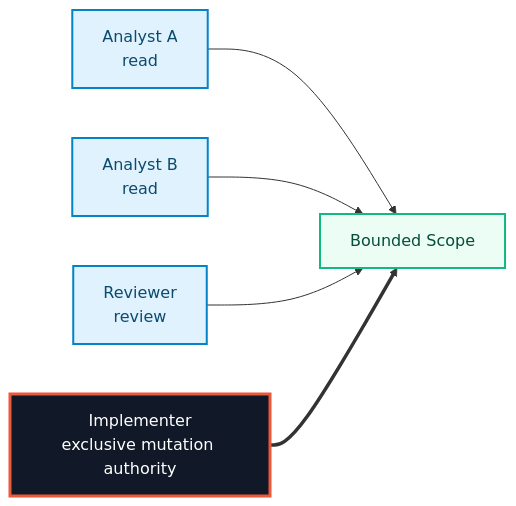
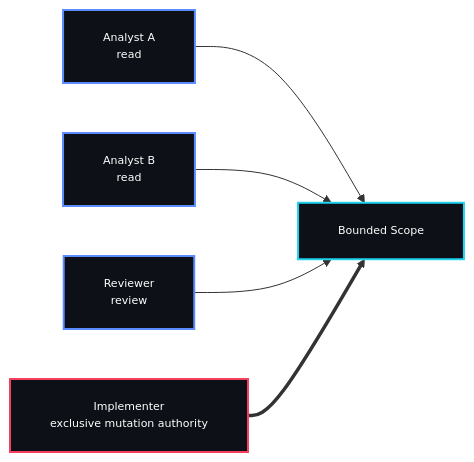
The sixth of 8 diagrams in README.md (drferdii/Monorepo-safrs), drawn with Mermaid before and after one commit. The commit also changed other lines of this file, not shown here.

````diff
--- a/README.md
+++ b/README.md
@@ -583,21 +610,22 @@
 ```mermaid
+%%{init: {"flowchart": {"htmlLabels": false, "padding": 20}, "themeVariables": {"fontFamily": "monospace", "fontSize": "11px"}}}%%
 flowchart LR
     A1["Analyst A<br/>read"]
     A2["Analyst B<br/>read"]
     R["Reviewer<br/>review"]
     I["Implementer<br/>exclusive mutation authority"]
     Scope["Bounded Scope"]
 
     A1 --> Scope
     A2 --> Scope
     R --> Scope
     I ==> Scope
 
-    classDef read fill:#E0F2FE,stroke:#0284C7,color:#0C4A6E,stroke-width:2px;
-    classDef write fill:#111827,stroke:#EB5939,color:#FFFFFF,stroke-width:3px;
-    classDef target fill:#ECFDF5,stroke:#10B981,color:#064E3B,stroke-width:2px;
+    classDef read fill:#0D1117,stroke:#5B8CFF,color:#ffffff,stroke-width:2px;
+    classDef write fill:#0D1117,stroke:#F43F5E,color:#ffffff,stroke-width:2px;
+    classDef target fill:#0D1117,stroke:#22D3EE,color:#ffffff,stroke-width:2px;
 
     class A1,A2,R read;
     class I write;
     class Scope target;
 ```
````
